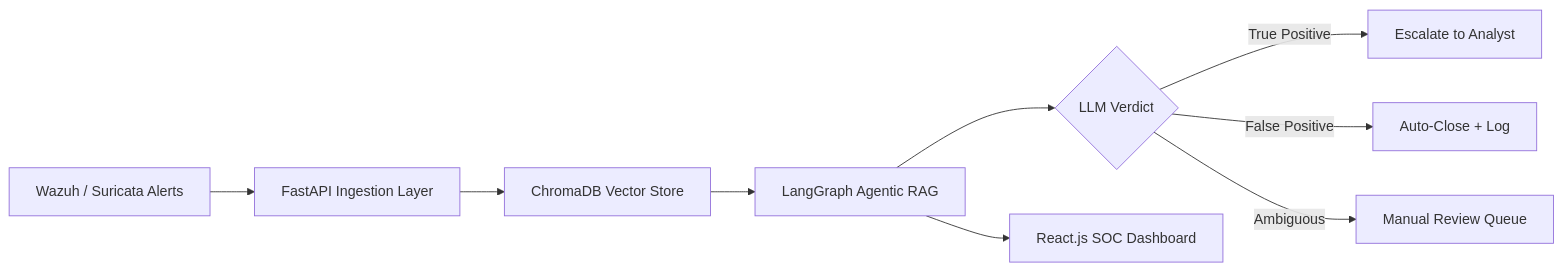
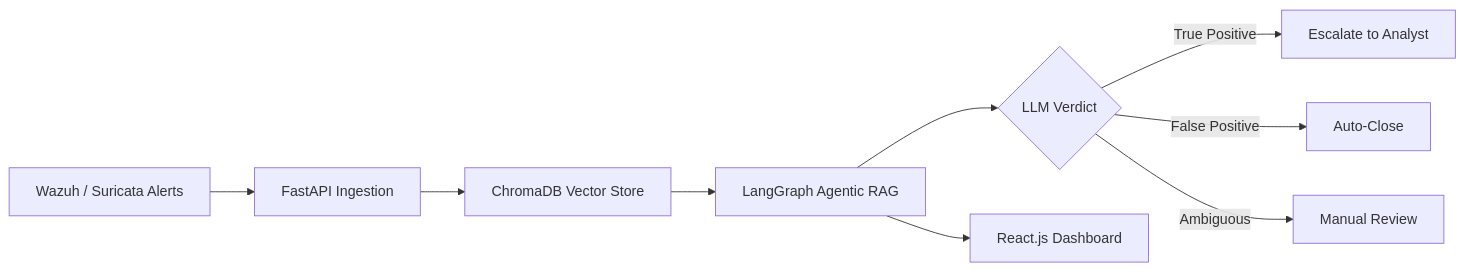
One commit to MehrabShaheen/MehrabShaheen changed the diagram in README.md. Above: the diagram before and after it, drawn with Mermaid. The commit also changed other lines of this file, not shown here.

````diff
--- a/README.md
+++ b/README.md
@@ -123,11 +131,11 @@
 ```mermaid
 flowchart LR
-    A[Wazuh / Suricata Alerts] --> B[FastAPI Ingestion Layer]
+    A[Wazuh / Suricata Alerts] --> B[FastAPI Ingestion]
     B --> C[ChromaDB Vector Store]
     C --> D[LangGraph Agentic RAG]
     D --> E{LLM Verdict}
     E -->|True Positive| F[Escalate to Analyst]
-    E -->|False Positive| G[Auto-Close + Log]
-    E -->|Ambiguous| H[Manual Review Queue]
-    D --> I[React.js SOC Dashboard]
+    E -->|False Positive| G[Auto-Close]
+    E -->|Ambiguous| H[Manual Review]
+    D --> I[React.js Dashboard]
 ```
````
